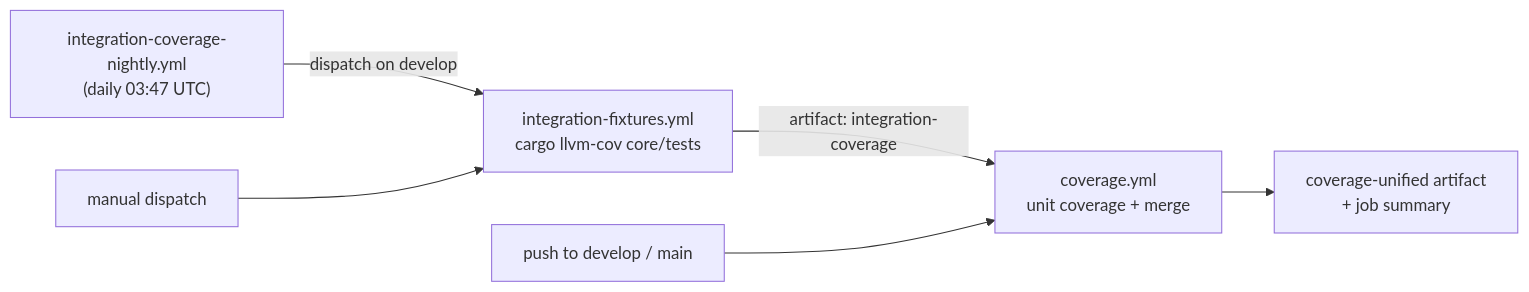
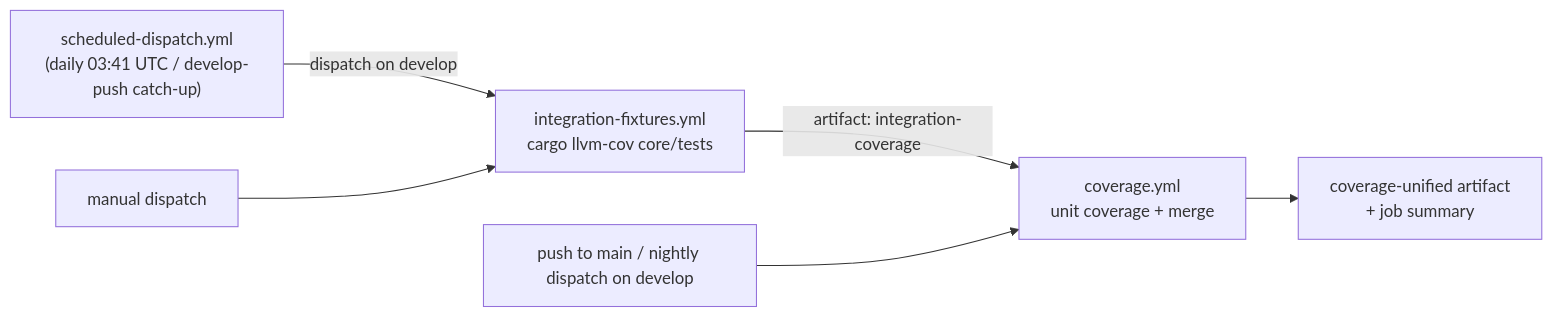
One commit to armaxri/termiHub changed the first of 2 diagrams in docs/testing.md. Above: the diagram before and after it, drawn with Mermaid. The commit also changed other lines of this file and 16 other files, not shown here.

First line of the commit message:
ci(scheduled): dispatch develop-only scheduled lanes and add a heartbeat

````diff
--- a/docs/testing.md
+++ b/docs/testing.md
@@ -1029,8 +1031,8 @@
 ```mermaid
 flowchart LR
-    N["integration-coverage-nightly.yml<br/>(daily 03:47 UTC)"] -- "dispatch on develop" --> F
+    N["scheduled-dispatch.yml<br/>(daily 03:41 UTC / develop-push catch-up)"] -- "dispatch on develop" --> F
     S["manual dispatch"] --> F
     F["integration-fixtures.yml<br/>cargo llvm-cov core/tests"] -- "artifact: integration-coverage" --> C
-    P["push to develop / main"] --> C
+    P["push to main / nightly dispatch on develop"] --> C
     C["coverage.yml<br/>unit coverage + merge"] --> R["coverage-unified artifact<br/>+ job summary"]
 ```
````
